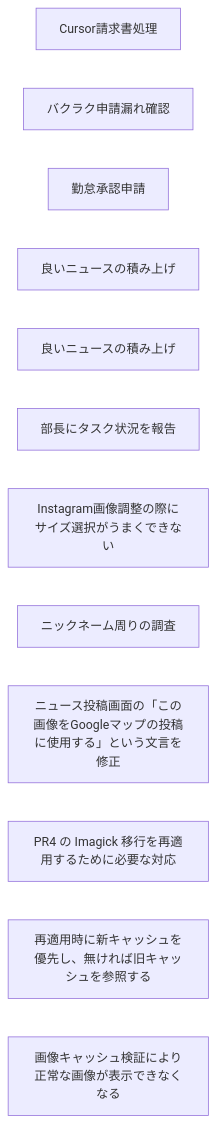
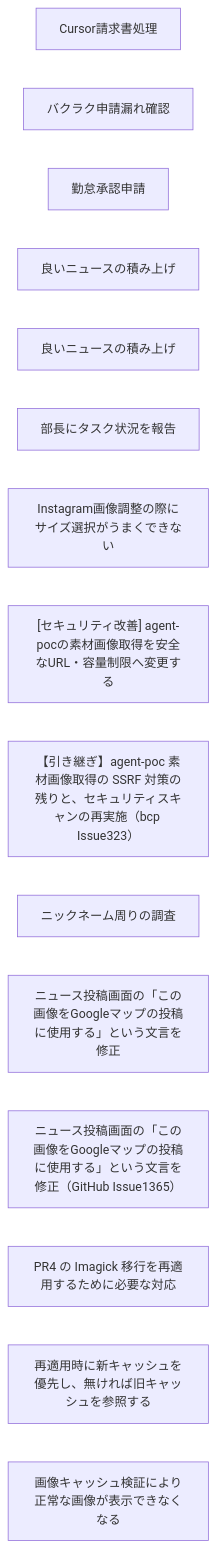
Before and after one commit to FLNYoshidaRyuta/task_management: the diagram in tasks/依存関係図.md, drawn with Mermaid. The commit also changed 6 other files, not shown here.

Commit message:
Backlog と GitHub の対応タスクを追加し、related で相互にリンクする。

````diff
--- a/tasks/依存関係図.md
+++ b/tasks/依存関係図.md
@@ -3,15 +3,18 @@
 ```mermaid
 flowchart LR
     T0["Cursor請求書処理"]
     T1["バクラク申請漏れ確認"]
     T2["勤怠承認申請"]
     T3["良いニュースの積み上げ"]
     T4["良いニュースの積み上げ"]
     T5["部長にタスク状況を報告"]
     T6["Instagram画像調整の際にサイズ選択がうまくできない"]
-    T7["ニックネーム周りの調査"]
-    T8["ニュース投稿画面の「この画像をGoogleマップの投稿に使用する」という文言を修正"]
-    T9["PR4 の Imagick 移行を再適用するために必要な対応"]
-    T10["再適用時に新キャッシュを優先し、無ければ旧キャッシュを参照する"]
-    T11["画像キャッシュ検証により正常な画像が表示できなくなる"]
+    T7["[セキュリティ改善] agent-pocの素材画像取得を安全なURL・容量制限へ変更する"]
+    T8["【引き継ぎ】agent-poc 素材画像取得の SSRF 対策の残りと、セキュリティスキャンの再実施（bcp Issue323）"]
+    T9["ニックネーム周りの調査"]
+    T10["ニュース投稿画面の「この画像をGoogleマップの投稿に使用する」という文言を修正"]
+    T11["ニュース投稿画面の「この画像をGoogleマップの投稿に使用する」という文言を修正（GitHub Issue1365）"]
+    T12["PR4 の Imagick 移行を再適用するために必要な対応"]
+    T13["再適用時に新キャッシュを優先し、無ければ旧キャッシュを参照する"]
+    T14["画像キャッシュ検証により正常な画像が表示できなくなる"]
 ```
````
